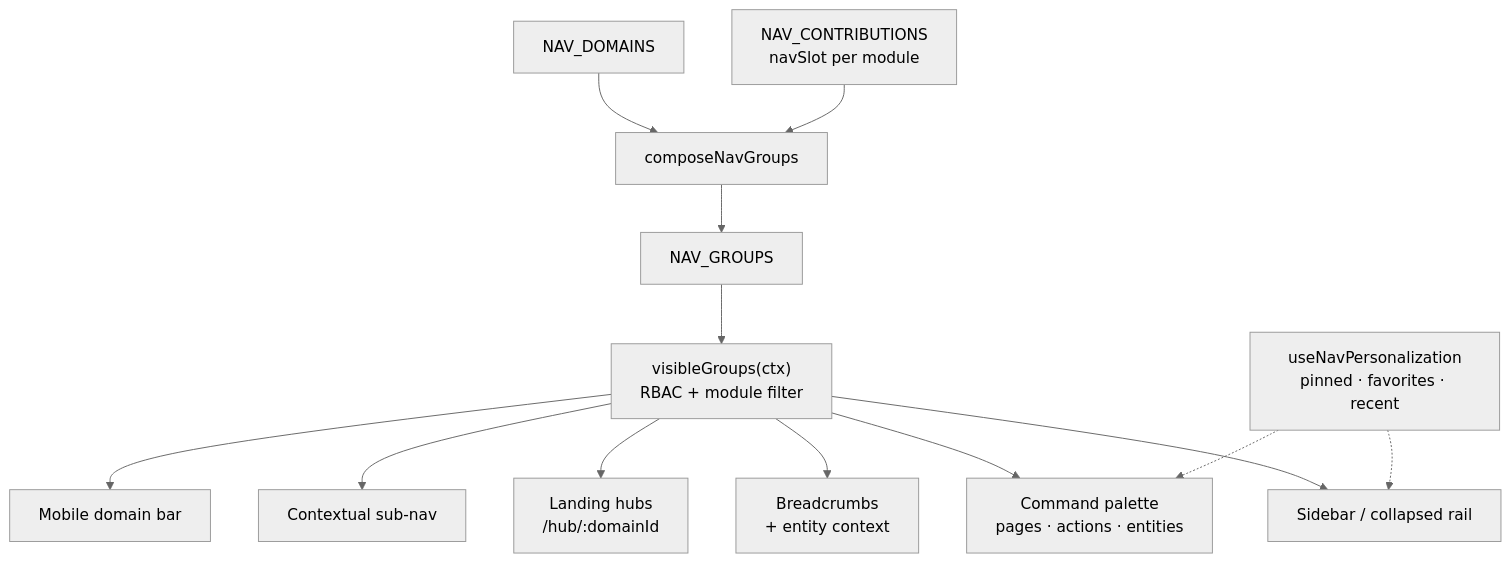
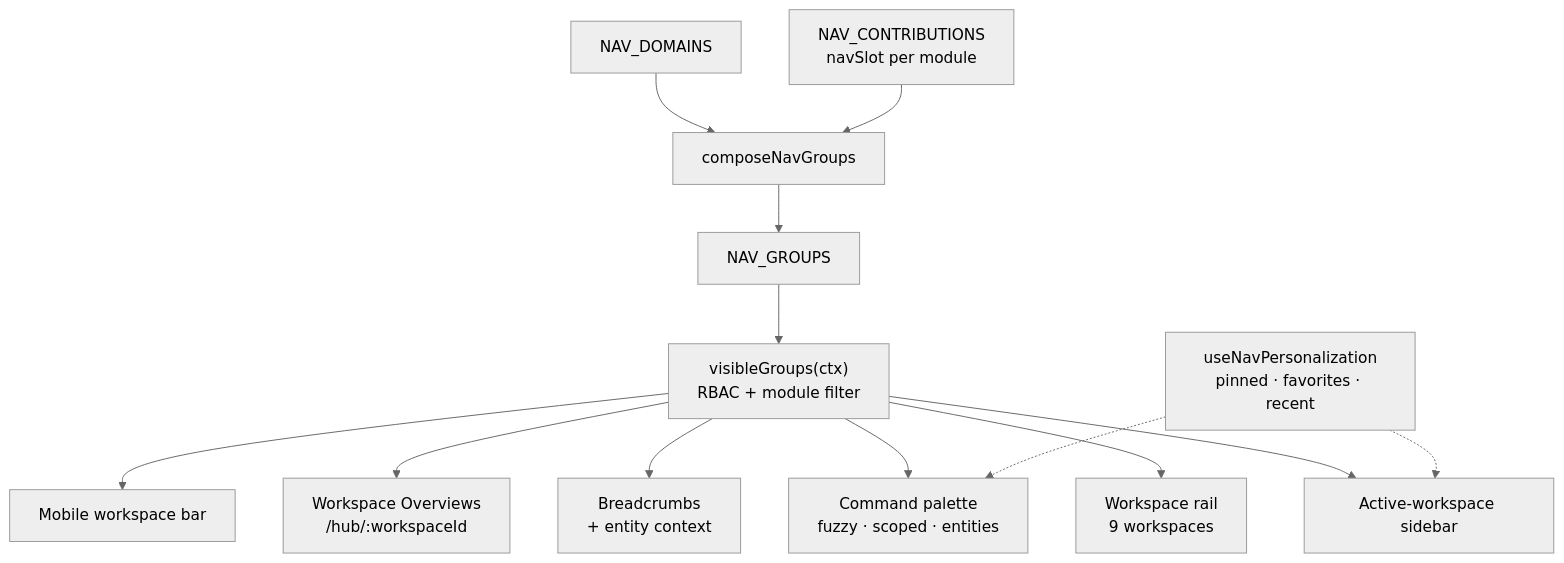
Before and after one commit to damirabal/ultratorrent-core: the diagram in docs/NAVIGATION.md, drawn with Mermaid (neutral theme). The commit also changed other lines of this file and 7 other files, not shown here.

First line of the commit message:
docs(nav): Workspace Phase 6 — WORKSPACE_ARCHITECTURE, guidelines, standards

````diff
--- a/docs/NAVIGATION.md
+++ b/docs/NAVIGATION.md
@@ -35,15 +42,15 @@
 ```mermaid
 flowchart TD
   D[NAV_DOMAINS] --> C[composeNavGroups]
   N[NAV_CONTRIBUTIONS<br/>navSlot per module] --> C
   C --> G[NAV_GROUPS]
   G --> V["visibleGroups(ctx)<br/>RBAC + module filter"]
-  V --> SB[Sidebar / collapsed rail]
+  V --> WR[Workspace rail<br/>9 workspaces]
+  V --> SB[Active-workspace sidebar]
   V --> BC[Breadcrumbs<br/>+ entity context]
-  V --> CP[Command palette<br/>pages · actions · entities]
-  V --> HUB["Landing hubs<br/>/hub/:domainId"]
-  V --> CSN[Contextual sub-nav]
-  V --> MDB[Mobile domain bar]
+  V --> CP[Command palette<br/>fuzzy · scoped · entities]
+  V --> HUB["Workspace Overviews<br/>/hub/:workspaceId"]
+  V --> MDB[Mobile workspace bar]
   P[useNavPersonalization<br/>pinned · favorites · recent] -.-> SB
   P -.-> CP
 ```
````
